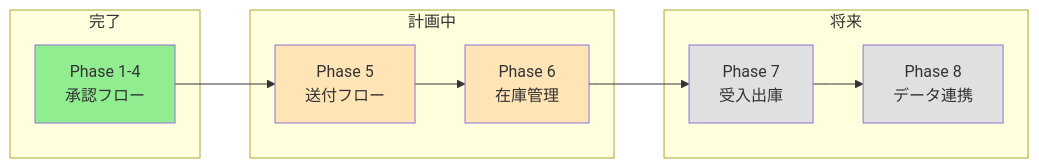
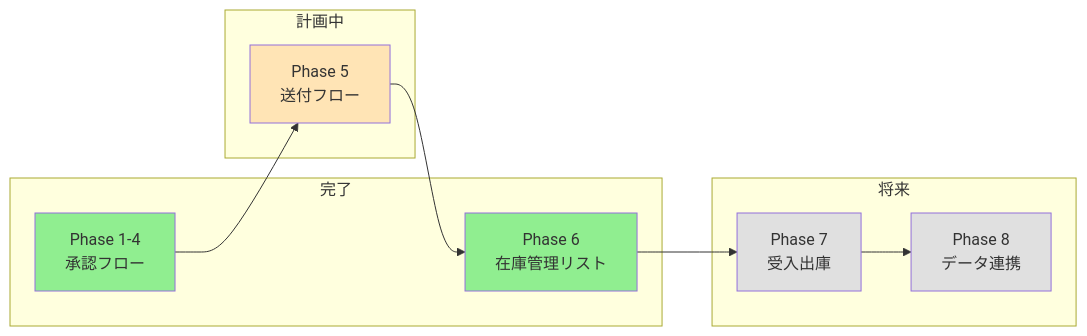
One commit to satoshi19840417/sharepoint changed the diagram in Documents/SharePointリスト化_進捗まとめ.md. Above: the diagram before and after it, drawn with Mermaid. The commit also changed other lines of this file and 7 other files, not shown here.

````diff
--- a/Documents/SharePointリスト化_進捗まとめ.md
+++ b/Documents/SharePointリスト化_進捗まとめ.md
@@ -10,21 +10,21 @@
 ```mermaid
 graph LR
     subgraph 完了
         P1[Phase 1-4<br/>承認フロー] 
+        P6[Phase 6<br/>在庫管理リスト]
     end
     subgraph 計画中
         P5[Phase 5<br/>送付フロー]
-        P6[Phase 6<br/>在庫管理]
     end
     subgraph 将来
         P7[Phase 7<br/>受入出庫]
         P8[Phase 8<br/>データ連携]
     end
     P1 --> P5 --> P6 --> P7 --> P8
     
     style P1 fill:#90EE90
+    style P6 fill:#90EE90
     style P5 fill:#FFE4B5
-    style P6 fill:#FFE4B5
     style P7 fill:#E0E0E0
     style P8 fill:#E0E0E0
 ```
````
